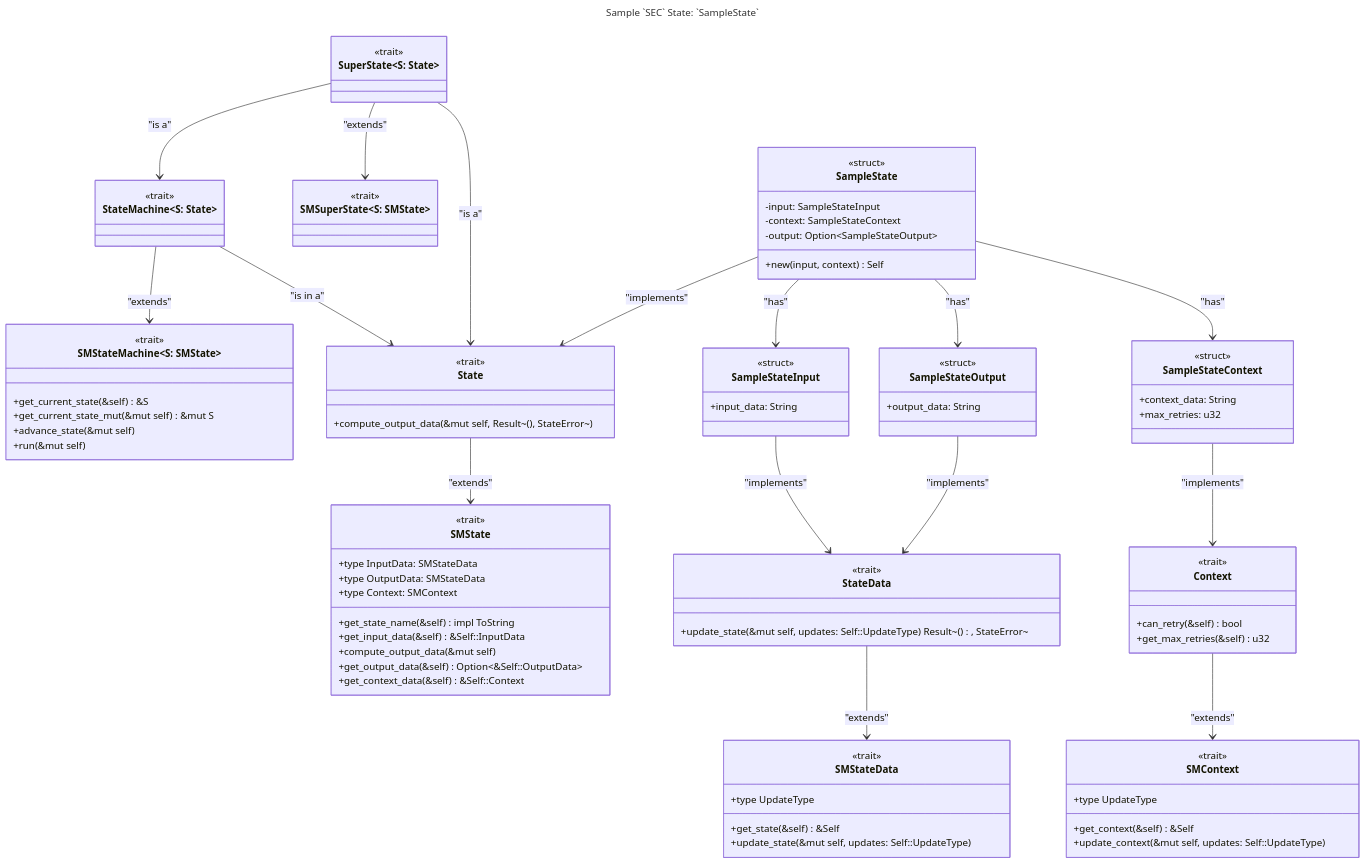
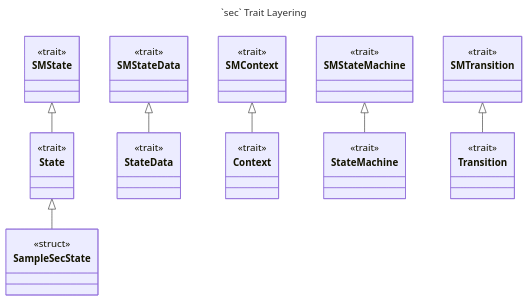
The second of 3 diagrams in README.md (ironcapitaleu/arkad), drawn with Mermaid before and after one commit. The commit also changed other lines of this file and 2 other files, not shown here.

Commit message:
doc: update README files to be consistent + simplify some Mermaid diagrams

````diff
--- a/README.md
+++ b/README.md
@@ -49,93 +53,24 @@
 ```mermaid
 ---
-title: "Sample `SEC` State: `SampleState`"
+title: "`sec` Trait Layering"
 ---
 classDiagram
-    class StateMachine~S: State~{
-        <<trait>>
-    }
-    class SMStateMachine~S: SMState~{
-        <<trait>>
-        +get_current_state(&self) &S
-        +get_current_state_mut(&mut self) &mut S
-        +advance_state(&mut self)
-        +run(&mut self)
-    }
-    class SuperState~S: State~ {
-        <<trait>>
-    }   
-    class SMSuperState~S: SMState~ {
-        <<trait>>
-    }   
-    class SMState {
-        <<trait>>
-        +type InputData: SMStateData
-        +type OutputData: SMStateData
-        +type Context: SMContext
-        +get_state_name(&self) impl ToString
-        +get_input_data(&self) &Self::InputData
-        +compute_output_data(&mut self)
-        +get_output_data(&self) Option~&Self::OutputData~
-        +get_context_data(&self) &Self::Context
-    }
-    class State {
-        <<trait>>
-        +compute_output_data(&mut self, Result~(), StateError~)
-    }
-    class SMStateData {
-        <<trait>>
-        +type UpdateType
-        +get_state(&self) &Self
-        +update_state(&mut self, updates: Self::UpdateType)
-    }
-    class StateData {
-        <<trait>>
-        +update_state(&mut self, updates: Self::UpdateType) Result~(), StateError~
-    }
-    class SMContext {
-        <<trait>>
-        +type UpdateType
-        +get_context(&self) &Self
-        +update_context(&mut self, updates: Self::UpdateType)
-    }
-    class Context {
-        <<trait>>
-        +can_retry(&self) bool
-        +get_max_retries(&self) u32
-    }
-    class SampleState {
-        <<struct>>
-        -input: SampleStateInput
-        -context: SampleStateContext
-        -output: Option~SampleStateOutput~
-        +new(input, context) Self
-    }
-    class SampleStateInput {
-        <<struct>>
-        +input_data: String
-    }
-    class SampleStateOutput {
-        <<struct>>
-        +output_data: String
-    }
-    class SampleStateContext {
-        <<struct>>
-        +context_data: String
-        +max_retries: u32
-    }
-    StateMachine --> State : "is in a"
-    SuperState --> StateMachine : "is a"
-    SuperState --> State : "is a"
-    StateMachine --> SMStateMachine : "extends"
-    SuperState --> SMSuperState : "extends"
-    State --> SMState : "extends"
-    StateData --> SMStateData : "extends"
-    Context --> SMContext : "extends"
-    SampleState --> State : "implements"
-    SampleStateInput --> StateData : "implements"
-    SampleStateOutput --> StateData : "implements"
-    SampleStateContext --> Context : "implements"
-    SampleState --> SampleStateInput : "has"
-    SampleState --> SampleStateOutput : "has"
-    SampleState --> SampleStateContext : "has"
+    class SMState { <<trait>> }
+    class SMStateData { <<trait>> }
+    class SMContext { <<trait>> }
+    class SMStateMachine { <<trait>> }
+    class SMTransition { <<trait>> }
+    class State { <<trait>> }
+    class StateData { <<trait>> }
+    class Context { <<trait>> }
+    class StateMachine { <<trait>> }
+    class Transition { <<trait>> }
+    class SampleSecState { <<struct>> }
+
+    SMState <|-- State
+    SMStateData <|-- StateData
+    SMContext <|-- Context
+    SMStateMachine <|-- StateMachine
+    SMTransition <|-- Transition
+    State <|-- SampleSecState
 ```
````
